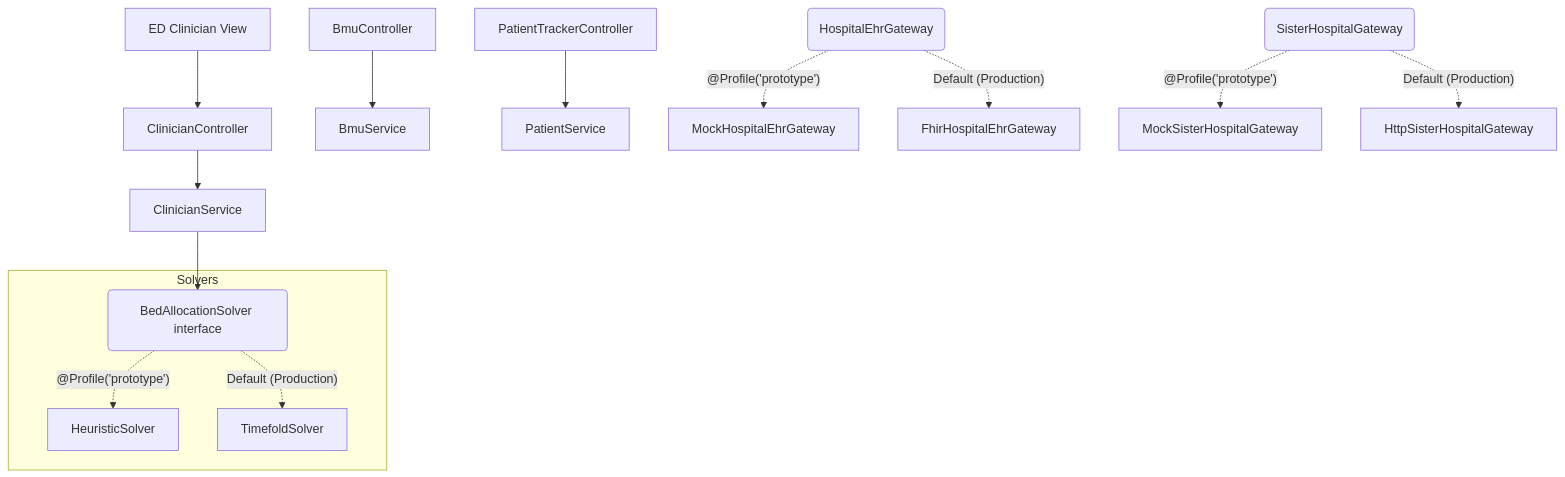
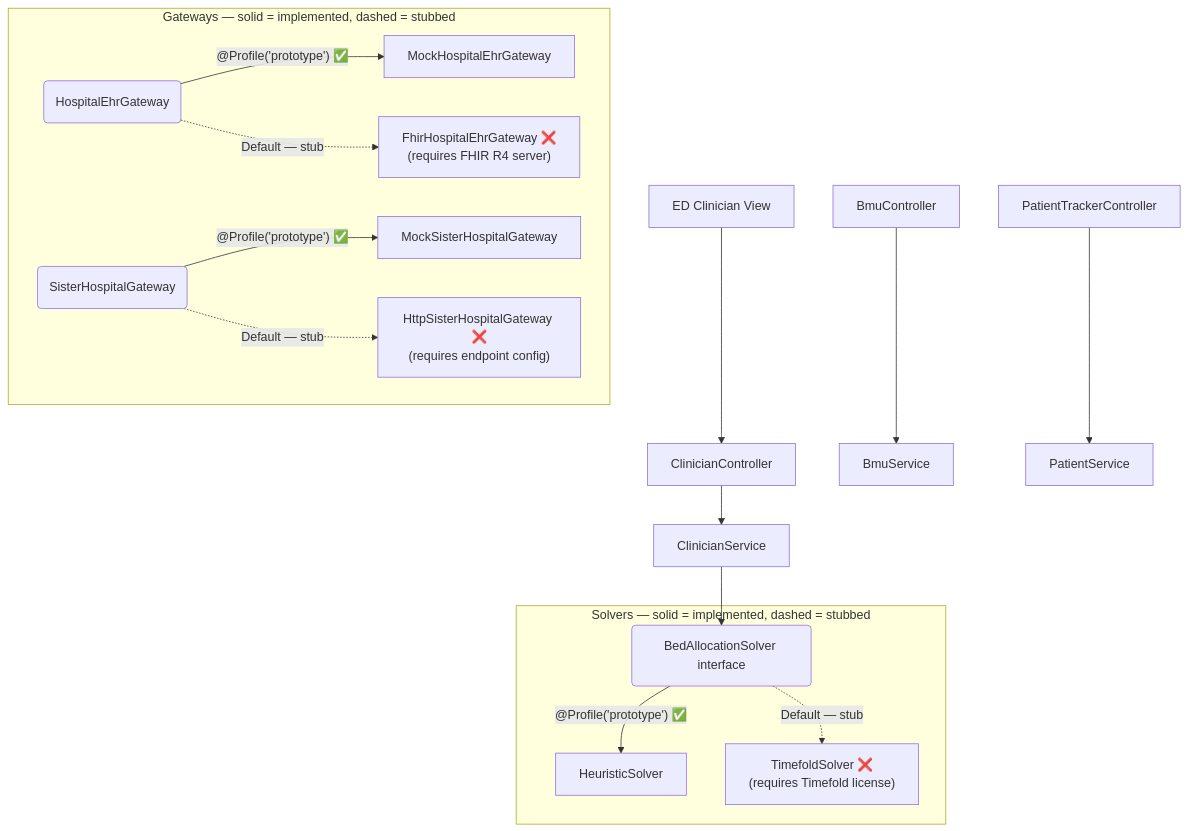
Before and after one commit to jrtan1191dev/enhance-hospital-admissions: the diagram in docs/architecture.md, drawn with Mermaid. The commit also changed other lines of this file and 7 other files, not shown here.

First line of the commit message:
docs: Clarify prototype implementation vs production architecture

````diff
--- a/docs/architecture.md
+++ b/docs/architecture.md
@@ -9,20 +9,22 @@
 ```mermaid
 flowchart TD
     A[ED Clinician View] --> B[ClinicianController]
     B --> C[ClinicianService]
     C --> D(BedAllocationSolver interface)
     
-    subgraph Solvers
-        D -.-> |"@Profile('prototype')"| E[HeuristicSolver]
-        D -.-> |"Default (Production)"| F[TimefoldSolver]
+    subgraph Solvers["Solvers — solid = implemented, dashed = stubbed"]
+        D --> |"@Profile('prototype') ✅"| E[HeuristicSolver]
+        D -.-> |"Default — stub"| F["TimefoldSolver ❌\n(requires Timefold license)"]
     end
 
     G[BmuController] --> H[BmuService]
     I[PatientTrackerController] --> J[PatientService]
 
-    K(HospitalEhrGateway) -.-> |"@Profile('prototype')"| L[MockHospitalEhrGateway]
-    K -.-> |"Default (Production)"| M[FhirHospitalEhrGateway]
+    subgraph Gateways["Gateways — solid = implemented, dashed = stubbed"]
+        K(HospitalEhrGateway) --> |"@Profile('prototype') ✅"| L[MockHospitalEhrGateway]
+        K -.-> |"Default — stub"| M["FhirHospitalEhrGateway ❌\n(requires FHIR R4 server)"]
 
-    N(SisterHospitalGateway) -.-> |"@Profile('prototype')"| O[MockSisterHospitalGateway]
-    N -.-> |"Default (Production)"| P[HttpSisterHospitalGateway]
+        N(SisterHospitalGateway) --> |"@Profile('prototype') ✅"| O[MockSisterHospitalGateway]
+        N -.-> |"Default — stub"| P["HttpSisterHospitalGateway ❌\n(requires endpoint config)"]
+    end
 ```
````
